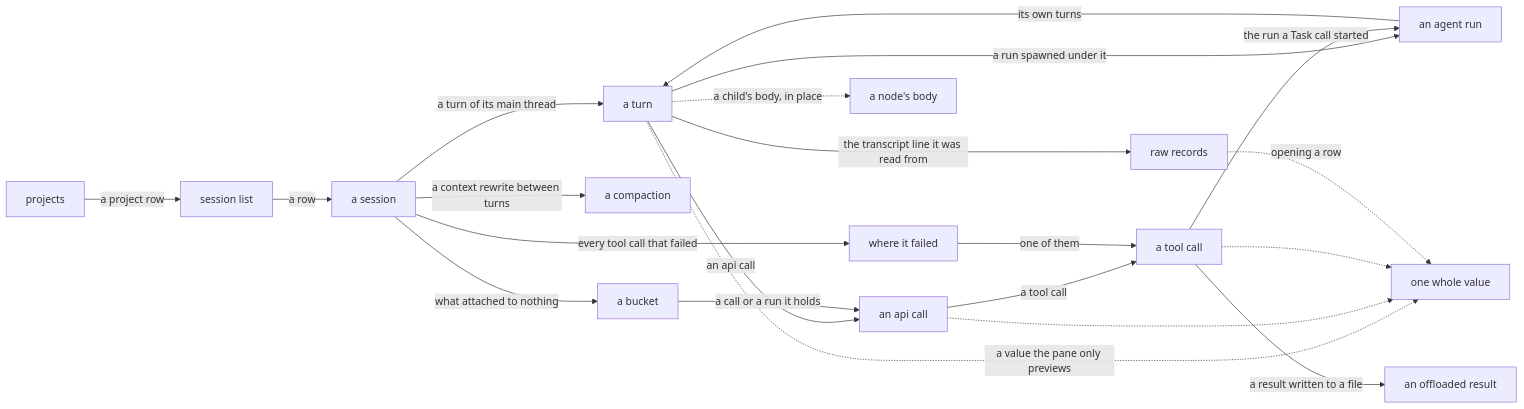
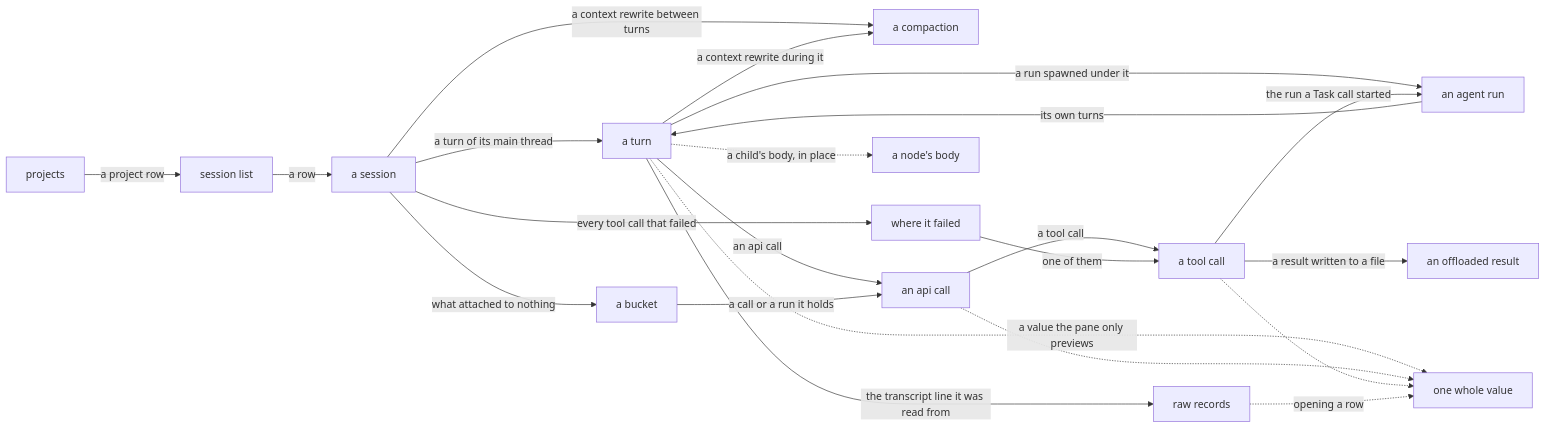
Before and after one commit to nathanielobrown/aiobserve: the diagram in docs/viewer.md, drawn with Mermaid. The commit also changed other lines of this file and 6 other files, not shown here.

First line of the commit message:
🐛 Hang a compaction off the turn it happened during

````diff
--- a/docs/viewer.md
+++ b/docs/viewer.md
@@ -9,23 +9,24 @@
 ```mermaid
 flowchart LR
     projects["projects"] -->|"a project row"| session_list["session list"]
     session_list -->|"a row"| session["a session"]
     session -->|"a turn of its main thread"| turn["a turn"]
     session -->|"a context rewrite between turns"| compaction["a compaction"]
+    turn -->|"a context rewrite during it"| compaction
     session -->|"what attached to nothing"| bucket["a bucket"]
     turn -->|"an api call"| api_call["an api call"]
     turn -->|"a run spawned under it"| run["an agent run"]
     api_call -->|"a tool call"| tool["a tool call"]
     tool -->|"the run a Task call started"| run
     run -->|"its own turns"| turn
     session -->|"every tool call that failed"| errors["where it failed"]
     errors -->|"one of them"| tool
     bucket -->|"a call or a run it holds"| api_call
     turn -->|"the transcript line it was read from"| records["raw records"]
     tool -->|"a result written to a file"| offload["an offloaded result"]
     turn -.->|"a value the pane only previews"| value["one whole value"]
     api_call -.-> value
     tool -.-> value
     records -.->|"opening a row"| value
     turn -.->|"a child's body, in place"| body["a node's body"]
 ```
````
